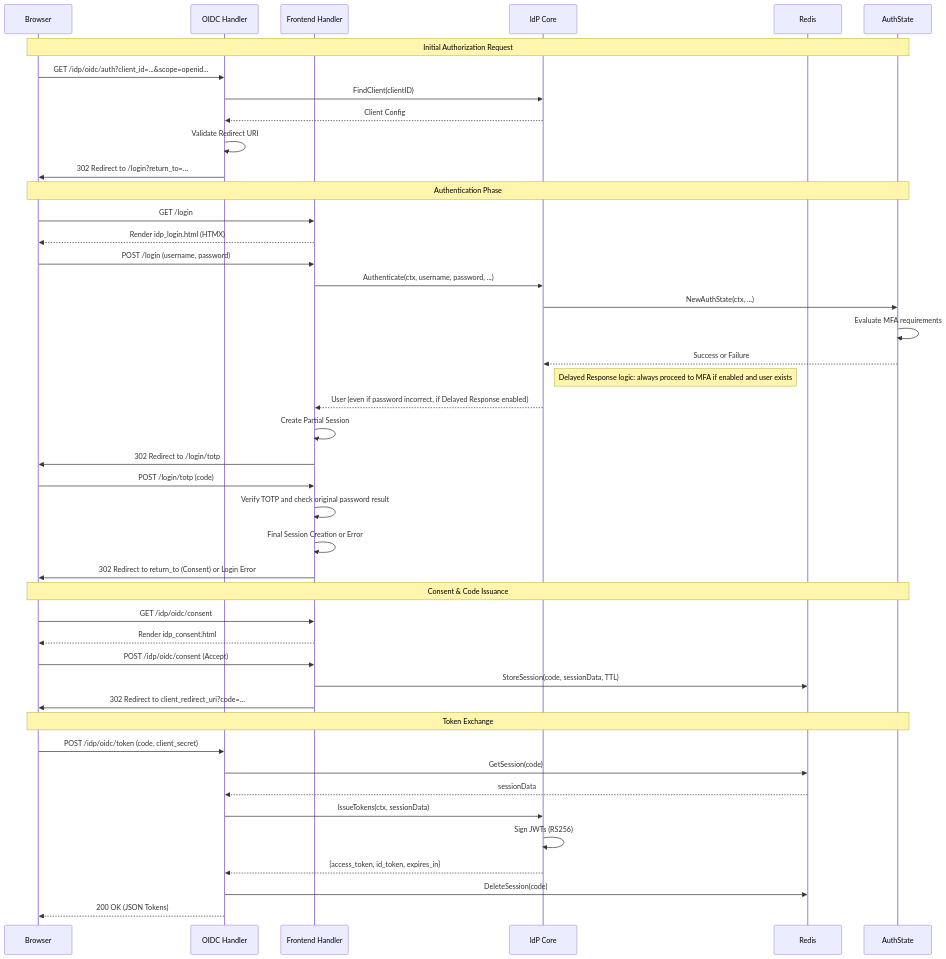
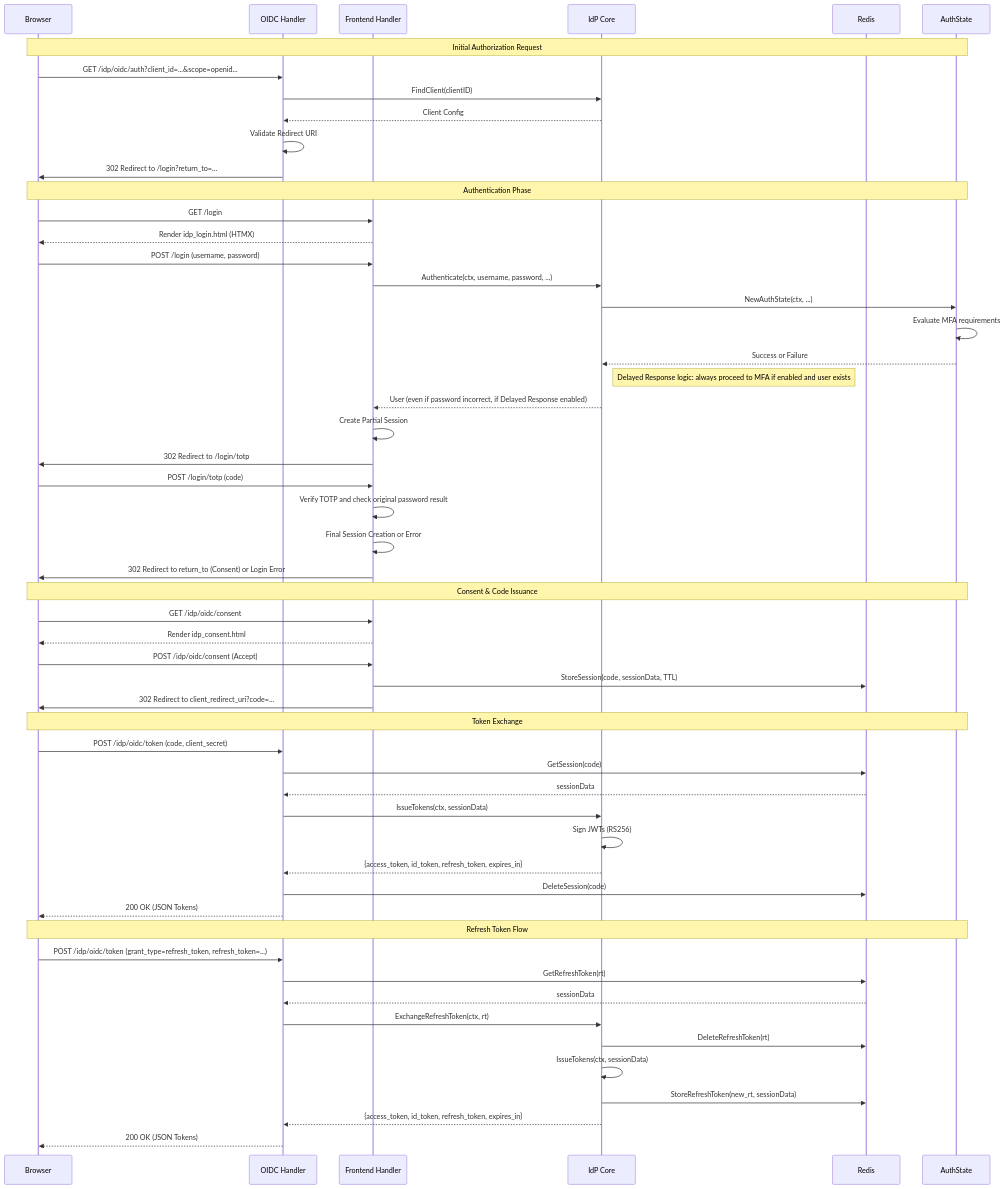
The second of 3 diagrams in server/docs/idp.md (croessner/nauthilus), drawn with Mermaid before and after one commit. The commit also changed other lines of this file and 10 other files, not shown here.

First line of the commit message:
Feat: Add support for custom OIDC scopes and refresh tokens

````diff
--- a/server/docs/idp.md
+++ b/server/docs/idp.md
@@ -55,46 +55,56 @@
 ```mermaid
 sequenceDiagram
     participant B as Browser
     participant H as OIDC Handler
     participant F as Frontend Handler
     participant I as IdP Core
     participant R as Redis
     participant A as AuthState
     Note over B, A: Initial Authorization Request
     B ->> H: GET /idp/oidc/auth?client_id=...&scope=openid...
     H ->> I: FindClient(clientID)
     I -->> H: Client Config
     H ->> H: Validate Redirect URI
     H ->> B: 302 Redirect to /login?return_to=...
     Note over B, A: Authentication Phase
     B ->> F: GET /login
     F -->> B: Render idp_login.html (HTMX)
     B ->> F: POST /login (username, password)
     F ->> I: Authenticate(ctx, username, password, ...)
     I ->> A: NewAuthState(ctx, ...)
     A ->> A: Evaluate MFA requirements
     A -->> I: Success or Failure
     Note right of I: Delayed Response logic: always proceed to MFA if enabled and user exists
     I -->> F: User (even if password incorrect, if Delayed Response enabled)
     F ->> F: Create Partial Session
     F ->> B: 302 Redirect to /login/totp
     B ->> F: POST /login/totp (code)
     F ->> F: Verify TOTP and check original password result
     F ->> F: Final Session Creation or Error
     F ->> B: 302 Redirect to return_to (Consent) or Login Error
     Note over B, A: Consent & Code Issuance
     B ->> F: GET /idp/oidc/consent
     F -->> B: Render idp_consent.html
     B ->> F: POST /idp/oidc/consent (Accept)
     F ->> R: StoreSession(code, sessionData, TTL)
     F ->> B: 302 Redirect to client_redirect_uri?code=...
     Note over B, A: Token Exchange
     B ->> H: POST /idp/oidc/token (code, client_secret)
     H ->> R: GetSession(code)
     R -->> H: sessionData
     H ->> I: IssueTokens(ctx, sessionData)
     I ->> I: Sign JWTs (RS256)
-    I -->> H: {access_token, id_token, expires_in}
+    I -->> H: {access_token, id_token, refresh_token, expires_in}
     H ->> R: DeleteSession(code)
     H -->> B: 200 OK (JSON Tokens)
+    Note over B, A: Refresh Token Flow
+    B ->> H: POST /idp/oidc/token (grant_type=refresh_token, refresh_token=...)
+    H ->> R: GetRefreshToken(rt)
+    R -->> H: sessionData
+    H ->> I: ExchangeRefreshToken(ctx, rt)
+    I ->> R: DeleteRefreshToken(rt)
+    I ->> I: IssueTokens(ctx, sessionData)
+    I ->> R: StoreRefreshToken(new_rt, sessionData)
+    I -->> H: {access_token, id_token, refresh_token, expires_in}
+    H -->> B: 200 OK (JSON Tokens)
 ```
````
